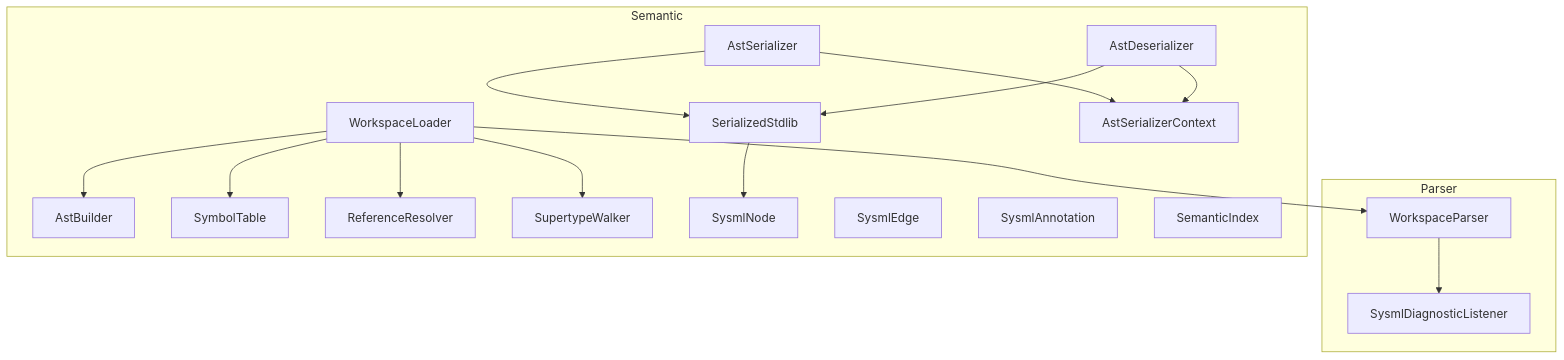
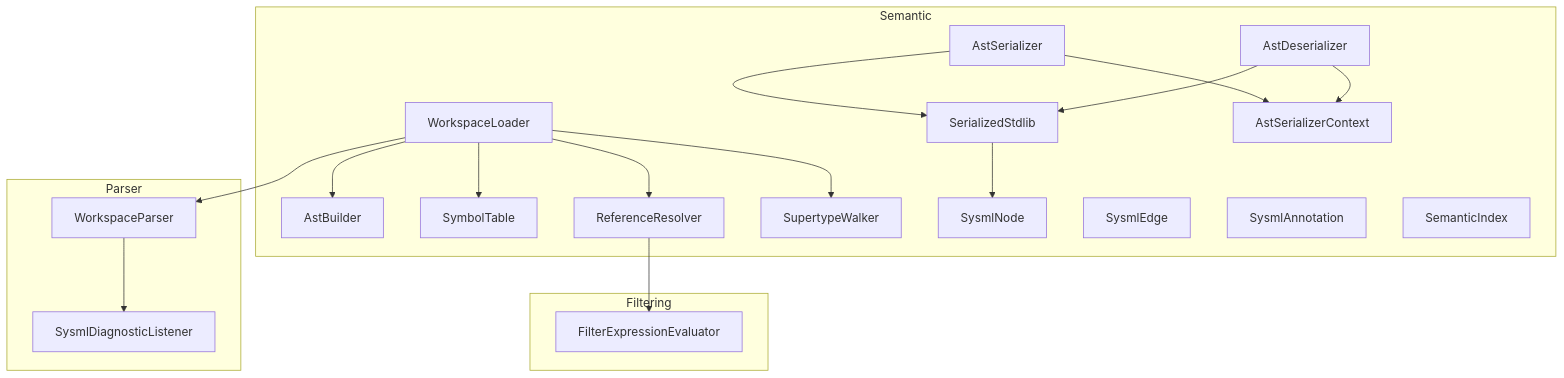
The diagram in docs/design/sysml2-tools-language.md (demaconsulting/SysML2Tools), drawn with Mermaid before and after one commit. The commit also changed other lines of this file and 60 other files, not shown here.

First line of the commit message:
Spec-compliant name resolution in the reference resolver (KerML 8.2.3.5) (#94)

````diff
--- a/docs/design/sysml2-tools-language.md
+++ b/docs/design/sysml2-tools-language.md
@@ -22,33 +25,37 @@
 ```mermaid
 flowchart TD
     subgraph Parser
         WorkspaceParser
         SysmlDiagnosticListener
     end
     subgraph Semantic
         WorkspaceLoader
         AstSerializer
         AstDeserializer
         AstBuilder
         SymbolTable
         ReferenceResolver
         SupertypeWalker
         SysmlNode
         SysmlEdge
         SysmlAnnotation
         SemanticIndex
         SerializedStdlib
         AstSerializerContext
     end
+    subgraph Filtering
+        FilterExpressionEvaluator
+    end
     WorkspaceParser --> SysmlDiagnosticListener
     WorkspaceLoader --> WorkspaceParser
     WorkspaceLoader --> AstBuilder
     WorkspaceLoader --> SymbolTable
     WorkspaceLoader --> ReferenceResolver
     WorkspaceLoader --> SupertypeWalker
+    ReferenceResolver --> FilterExpressionEvaluator
     AstSerializer --> AstSerializerContext
     AstSerializer --> SerializedStdlib
     AstDeserializer --> AstSerializerContext
     AstDeserializer --> SerializedStdlib
     SerializedStdlib --> SysmlNode
 ```
````
